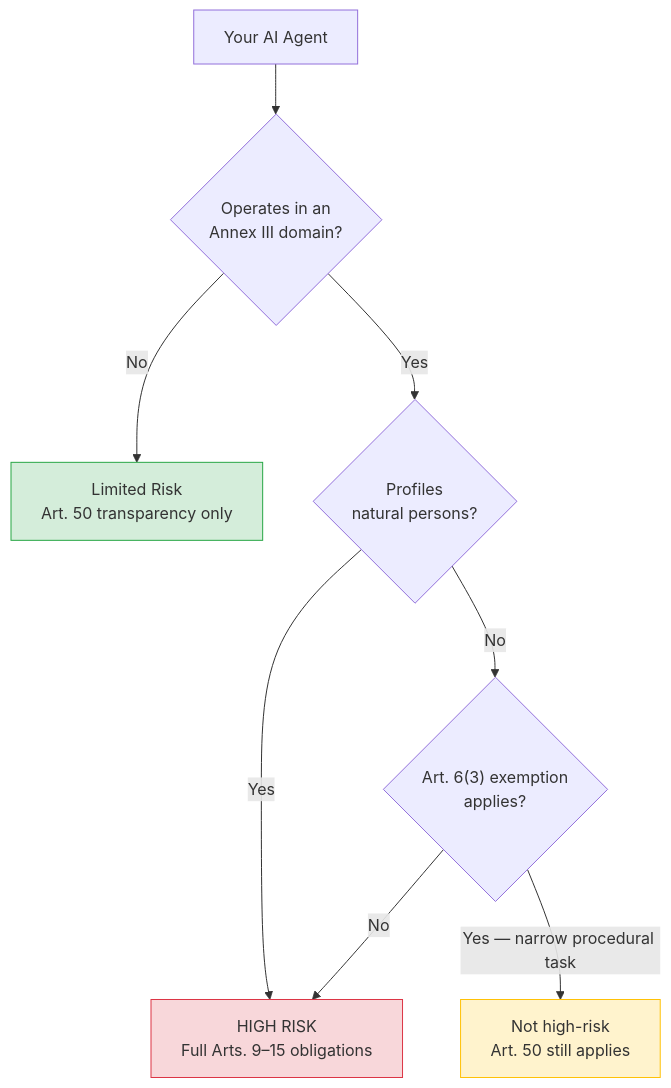
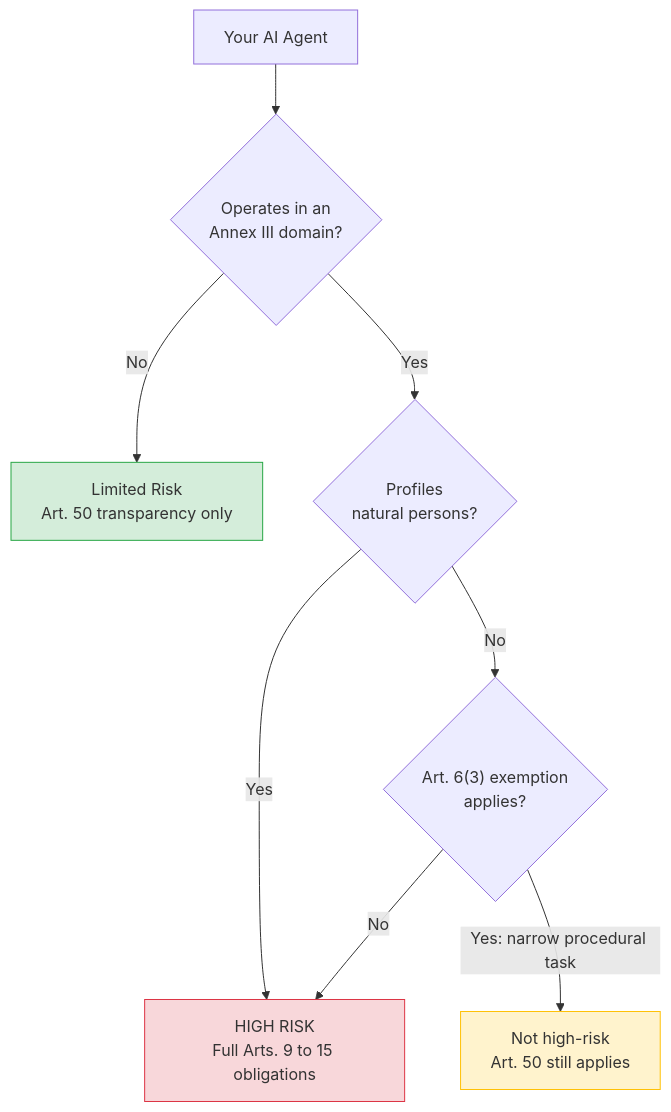
One commit to carloshvp/governance changed the second of 4 diagrams in _posts/2026-04-10-eu-ai-act-compliance-checklist-for-ai-agent-developers.md. Above: the diagram before and after it, drawn with Mermaid. The commit also changed other lines of this file, not shown here.

```diff
--- a/_posts/2026-04-10-eu-ai-act-compliance-checklist-for-ai-agent-developers.md
+++ b/_posts/2026-04-10-eu-ai-act-compliance-checklist-for-ai-agent-developers.md
@@ -108,13 +114,13 @@
 <pre class="mermaid">
 flowchart TD
     A["Your AI Agent"] --> B{"Operates in an\nAnnex III domain?"}
     B -->|No| C["Limited Risk\nArt. 50 transparency only"]
     B -->|Yes| D{"Profiles\nnatural persons?"}
-    D -->|Yes| E["HIGH RISK\nFull Arts. 9–15 obligations"]
+    D -->|Yes| E["HIGH RISK\nFull Arts. 9 to 15 obligations"]
     D -->|No| F{"Art. 6(3) exemption\napplies?"}
-    F -->|Yes — narrow procedural task| G["Not high-risk\nArt. 50 still applies"]
+    F -->|Yes: narrow procedural task| G["Not high-risk\nArt. 50 still applies"]
     F -->|No| E
     style E fill:#f8d7da,stroke:#dc3545
     style C fill:#d4edda,stroke:#28a745
     style G fill:#fff3cd,stroke:#ffc107
 </pre>
```
